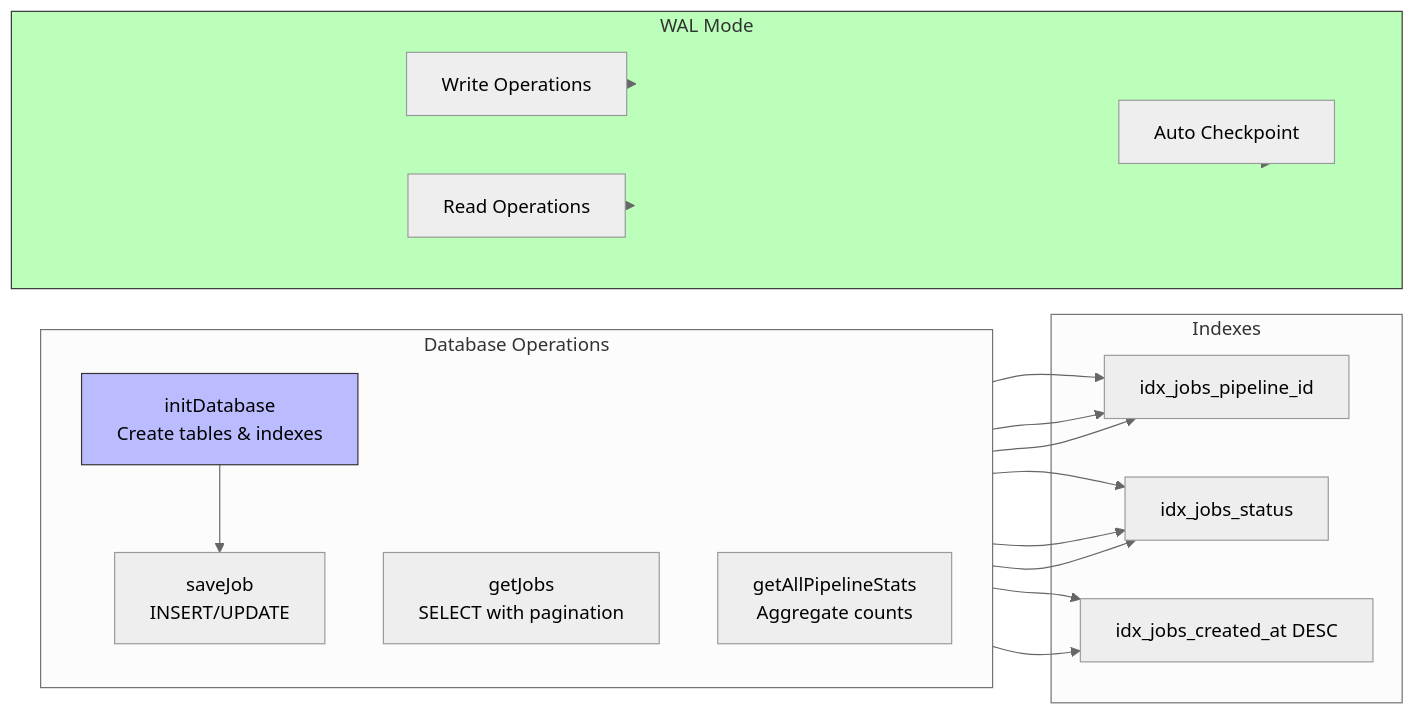
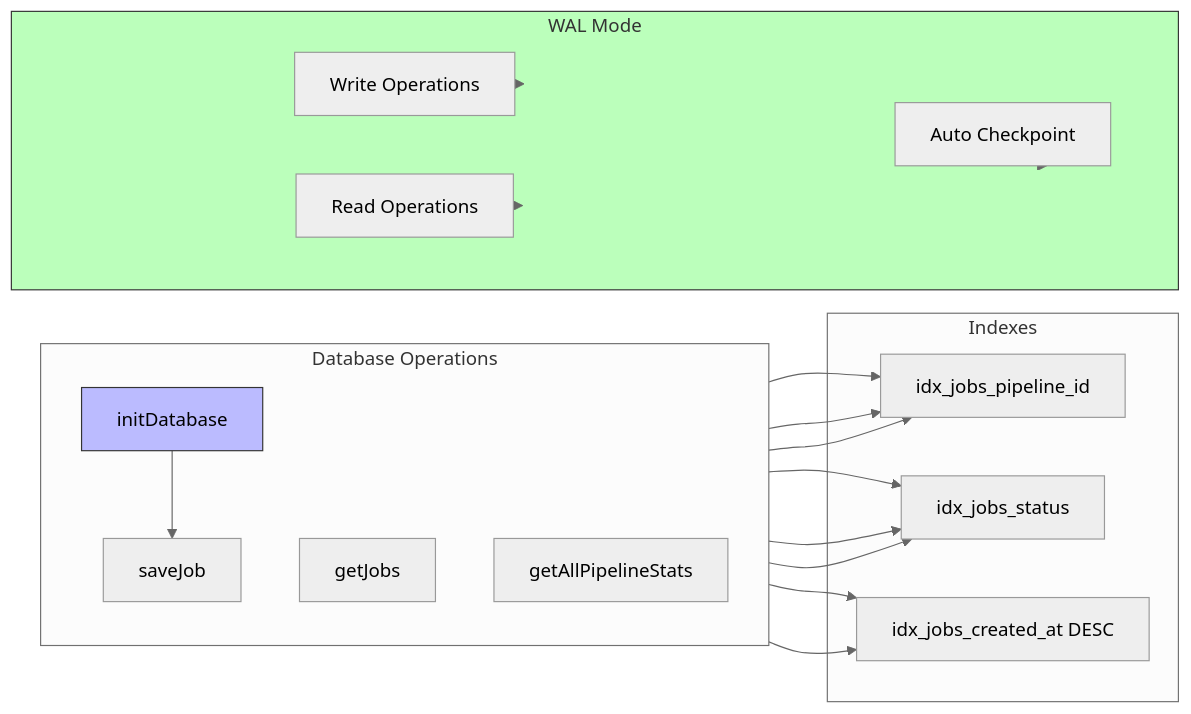
Before and after one commit to integritystudio/AlephAuto: the seventh of 13 diagrams in docs/architecture/SYSTEM-DATA-FLOW.md, drawn with Mermaid (neutral theme). The commit also changed other lines of this file, not shown here.

First line of the commit message:
fix(docs): resolve Mermaid diagram syntax errors in SYSTEM-DATA-FLOW.md

````diff
--- a/docs/architecture/SYSTEM-DATA-FLOW.md
+++ b/docs/architecture/SYSTEM-DATA-FLOW.md
@@ -421,34 +421,34 @@
 ```mermaid
 flowchart LR
     subgraph Operations["Database Operations"]
         direction TB
-        Init[initDatabase<br/>Create tables & indexes]
-        Save[saveJob<br/>INSERT/UPDATE]
-        Get[getJobs<br/>SELECT with pagination]
-        Stats[getAllPipelineStats<br/>Aggregate counts]
+        Init["initDatabase"]
+        Save["saveJob"]
+        Get["getJobs"]
+        Stats["getAllPipelineStats"]
     end
 
     subgraph Indexes["Indexes"]
         I1[idx_jobs_pipeline_id]
         I2[idx_jobs_status]
         I3[idx_jobs_created_at DESC]
     end
 
     subgraph WAL["WAL Mode"]
         Write[Write Operations]
         Read[Read Operations]
         Checkpoint[Auto Checkpoint]
     end
 
     Init --> Save
     Save --> I1 & I2 & I3
     Get --> I1 & I2 & I3
     Stats --> I1 & I2
 
     Write --> WAL
     Read --> WAL
     WAL --> Checkpoint
 
     style Init fill:#bbf,stroke:#333
     style WAL fill:#bfb,stroke:#333
 ```
````
